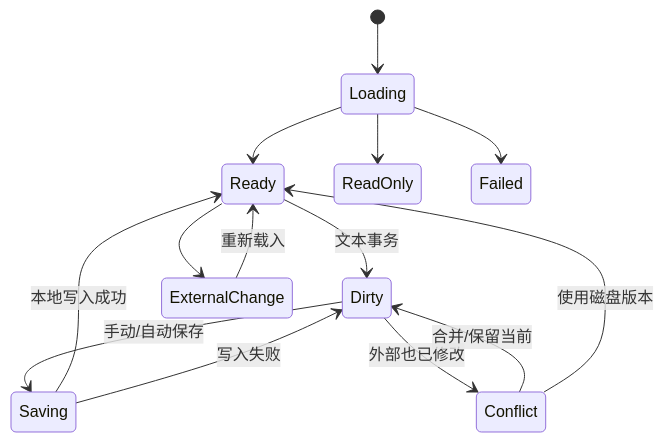
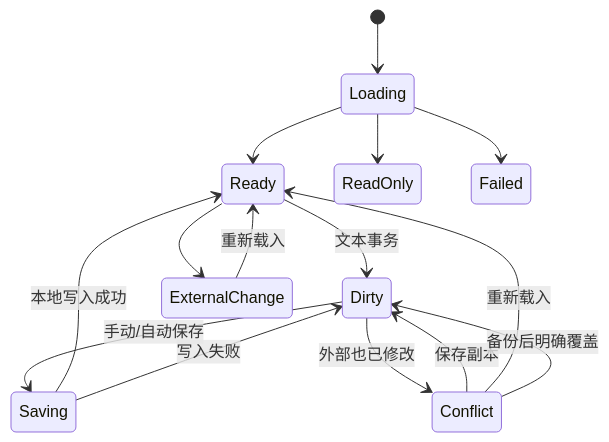
One commit to Eulimene/Inflow changed the third of 4 diagrams in docs/engineering/TECHNICAL_DESIGN.md. Above: the diagram before and after it, drawn with Mermaid. The commit also changed other lines of this file and 21 other files, not shown here.

````diff
--- a/docs/engineering/TECHNICAL_DESIGN.md
+++ b/docs/engineering/TECHNICAL_DESIGN.md
@@ -212,16 +214,17 @@
 ```mermaid
 stateDiagram-v2
     [*] --> Loading
     Loading --> Ready
     Loading --> ReadOnly
     Loading --> Failed
     Ready --> Dirty: 文本事务
     Dirty --> Saving: 手动/自动保存
     Saving --> Ready: 本地写入成功
     Saving --> Dirty: 写入失败
     Ready --> ExternalChange
     Dirty --> Conflict: 外部也已修改
     ExternalChange --> Ready: 重新载入
-    Conflict --> Dirty: 合并/保留当前
-    Conflict --> Ready: 使用磁盘版本
+    Conflict --> Dirty: 保存副本
+    Conflict --> Ready: 重新载入
+    Conflict --> Dirty: 备份后明确覆盖
 ```
````
